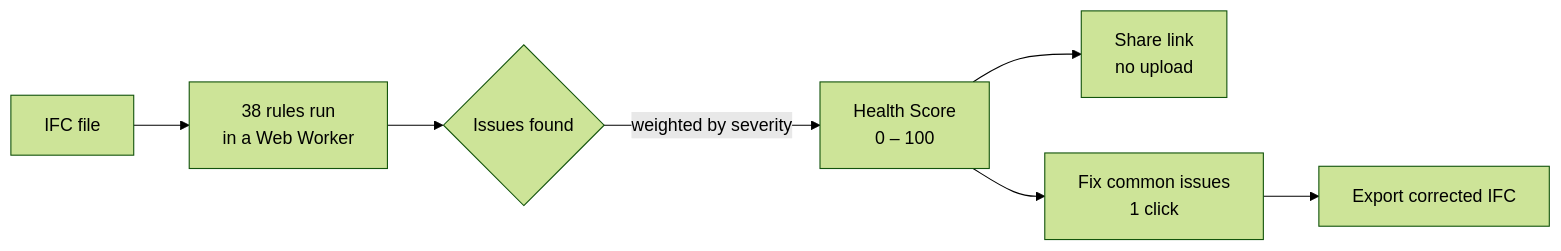
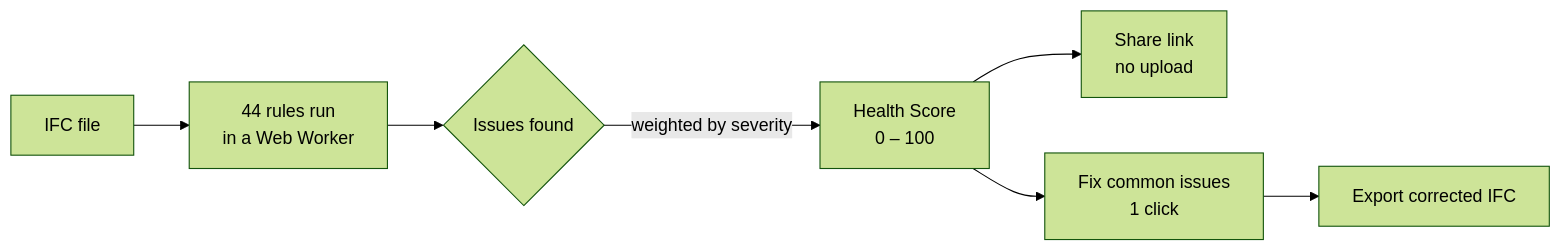
The first of 2 diagrams in readme.md (j03rul4nd/ifc-viewer-online), drawn with Mermaid (forest theme) before and after one commit. The commit also changed other lines of this file and 24 other files, not shown here.

````diff
--- a/readme.md
+++ b/readme.md
@@ -164,9 +168,9 @@
 ```mermaid
 flowchart LR
-    A[IFC file] --> B[38 rules run<br/>in a Web Worker]
+    A[IFC file] --> B[44 rules run<br/>in a Web Worker]
     B --> C{Issues found}
     C -->|weighted by severity| D[Health Score<br/>0 – 100]
     D --> E[Share link<br/>no upload]
     D --> F[Fix common issues<br/>1 click]
     F --> G[Export corrected IFC]
 ```
````
